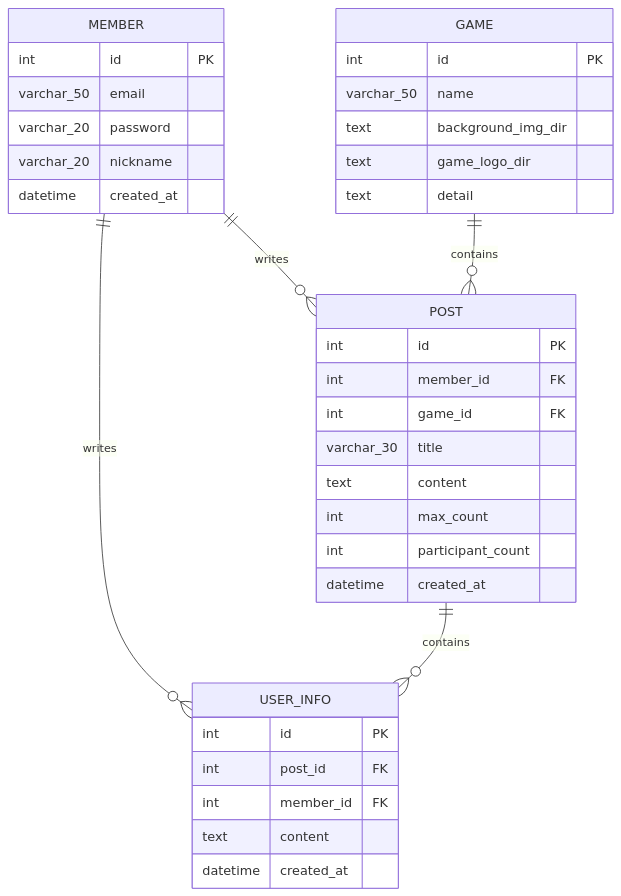
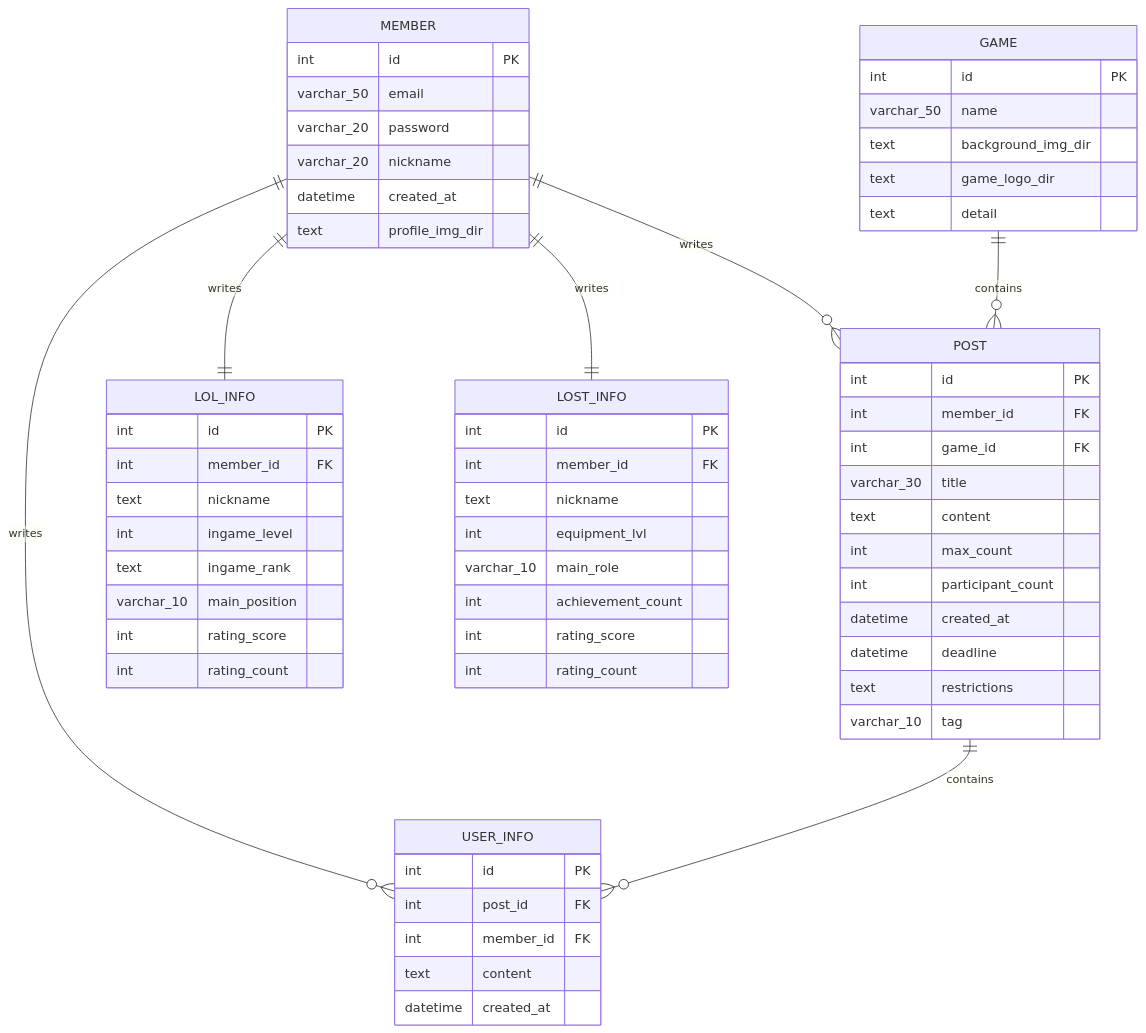
Before and after one commit to ByungChanP/4I-s---Propject: the diagram in docs/02_design/02_erd.md, drawn with Mermaid. The commit also changed other lines of this file, not shown here.

Commit message:
ERD 수정

````diff
--- a/docs/02_design/02_erd.md
+++ b/docs/02_design/02_erd.md
@@ -13,42 +13,70 @@
 ```mermaid
 erDiagram
     MEMBER ||--o{ POST : writes
     MEMBER ||--o{ USER_INFO : writes
     POST ||--o{ USER_INFO : contains
     GAME ||--o{ POST : contains
+    MEMBER ||--|| LOL_INFO  : writes
+    MEMBER ||--|| LOST_INFO : writes
 
     MEMBER {
         int id PK
         varchar_50 email
         varchar_20 password
         varchar_20 nickname
         datetime created_at
+        text profile_img_dir
     }
 
     POST {
         int id PK
         int member_id FK
         int game_id FK
         varchar_30 title
         text content
         int max_count
         int participant_count
         datetime created_at
+        datetime deadline
+        text restrictions
+        varchar_10 tag
     }
 
     USER_INFO {
         int id PK
         int post_id FK
         int member_id FK
         text content
         datetime created_at
     }
 
     GAME {
         int id PK
         varchar_50 name
         text background_img_dir
         text game_logo_dir
         text detail  
     }
+
+    LOL_INFO {
+        int id PK
+        int member_id FK
+        text nickname
+        int ingame_level
+        text ingame_rank
+        varchar_10 main_position
+        int rating_score
+        int rating_count
+    }
+
+    LOST_INFO {
+        int id PK
+        int member_id FK
+        text nickname
+        int equipment_lvl
+        varchar_10 main_role
+        int achievement_count
+        int rating_score
+        int rating_count
+    }
 ```
````
